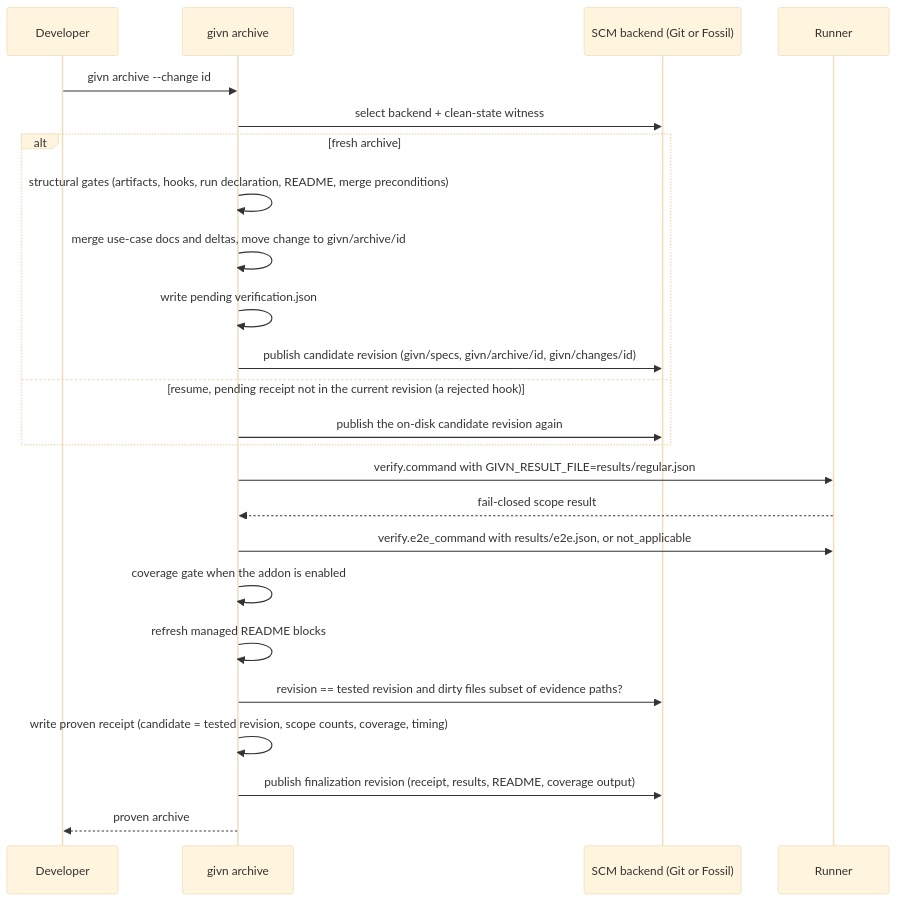
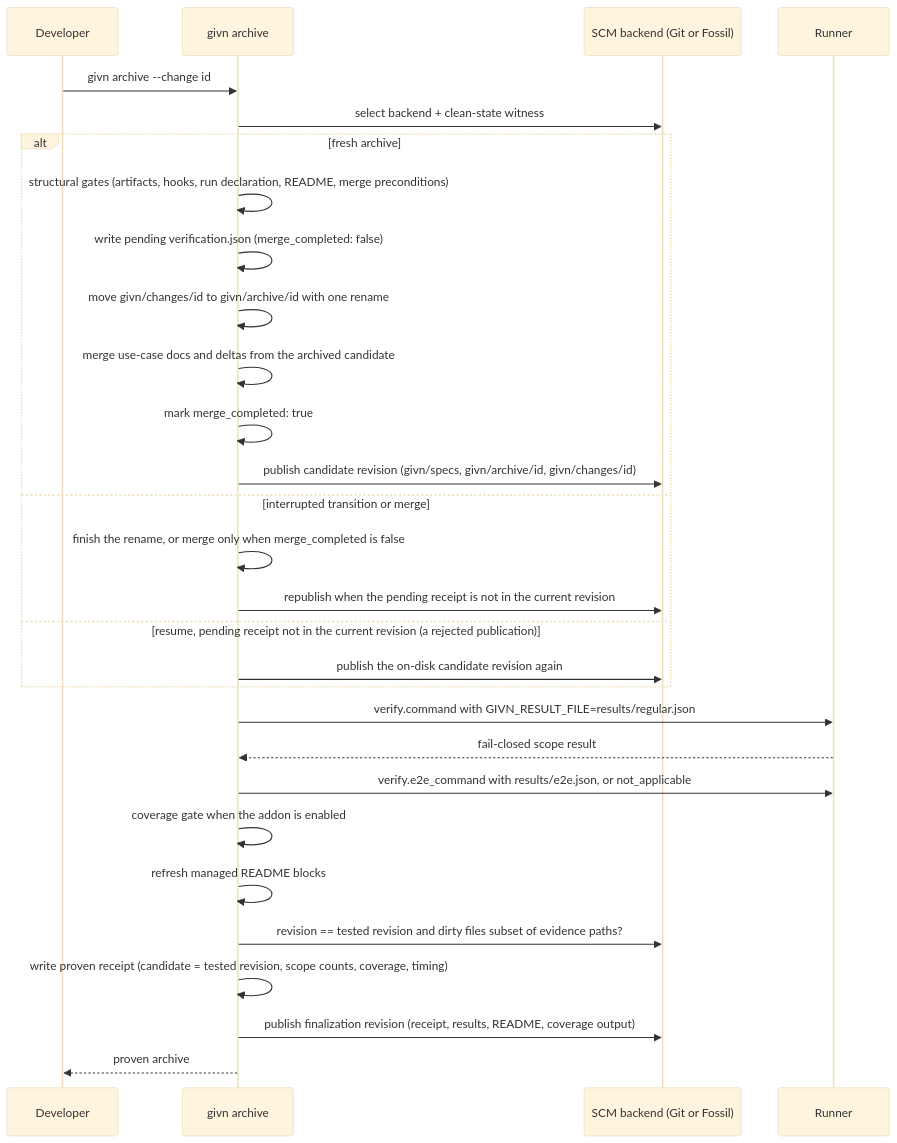
The first of 4 diagrams in docs/arc42/06-runtime-view.md (buster/givn), drawn with Mermaid (base theme) before and after one commit. The commit also changed other lines of this file and 28 other files, not shown here.

````diff
--- a/docs/arc42/06-runtime-view.md
+++ b/docs/arc42/06-runtime-view.md
@@ -274,26 +279,31 @@
 ```mermaid
 sequenceDiagram
     participant D as Developer
     participant A as givn archive
     participant S as SCM backend (Git or Fossil)
     participant R as Runner
     D->>A: givn archive --change id
     A->>S: select backend + clean-state witness
     alt fresh archive
         A->>A: structural gates (artifacts, hooks, run declaration, README, merge preconditions)
-        A->>A: merge use-case docs and deltas, move change to givn/archive/id
-        A->>A: write pending verification.json
+        A->>A: write pending verification.json (merge_completed: false)
+        A->>A: move givn/changes/id to givn/archive/id with one rename
+        A->>A: merge use-case docs and deltas from the archived candidate
+        A->>A: mark merge_completed: true
         A->>S: publish candidate revision (givn/specs, givn/archive/id, givn/changes/id)
-    else resume, pending receipt not in the current revision (a rejected hook)
+    else interrupted transition or merge
+        A->>A: finish the rename, or merge only when merge_completed is false
+        A->>S: republish when the pending receipt is not in the current revision
+    else resume, pending receipt not in the current revision (a rejected publication)
         A->>S: publish the on-disk candidate revision again
     end
     A->>R: verify.command with GIVN_RESULT_FILE=results/regular.json
     R-->>A: fail-closed scope result
     A->>R: verify.e2e_command with results/e2e.json, or not_applicable
     A->>A: coverage gate when the addon is enabled
     A->>A: refresh managed README blocks
     A->>S: revision == tested revision and dirty files subset of evidence paths?
     A->>A: write proven receipt (candidate = tested revision, scope counts, coverage, timing)
     A->>S: publish finalization revision (receipt, results, README, coverage output)
     A-->>D: proven archive
 ```
````
